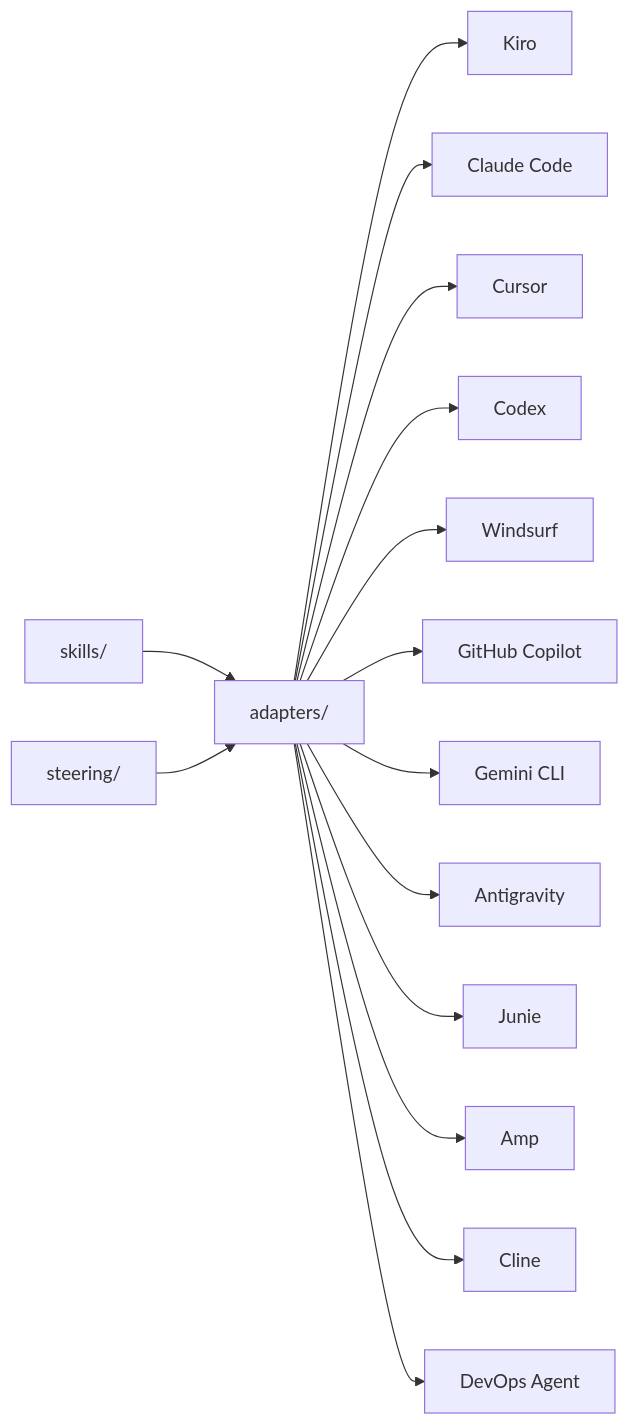
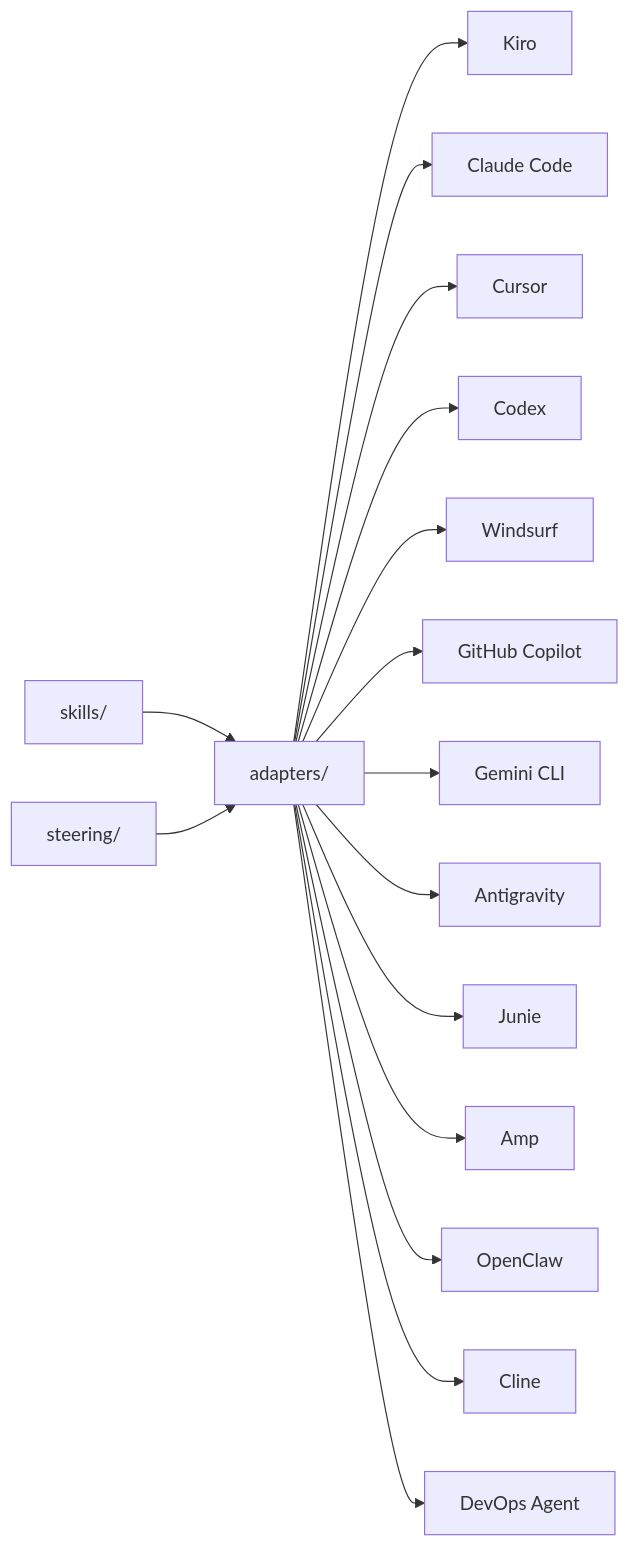
Before and after one commit to aws-samples/sample-well-architected-skills-and-steering: the diagram in README.md, drawn with Mermaid. The commit also changed other lines of this file and 4 other files, not shown here.

First line of the commit message:
Add OpenClaw support as 13th supported tool

````diff
--- a/README.md
+++ b/README.md
@@ -428,17 +450,18 @@
 ```mermaid
 graph LR
     S[skills/] --> A[adapters/]
     ST[steering/] --> A
     A --> K[Kiro]
     A --> CC[Claude Code]
     A --> CU[Cursor]
     A --> CO[Codex]
     A --> W[Windsurf]
     A --> GH[GitHub Copilot]
     A --> G[Gemini CLI]
     A --> AG[Antigravity]
     A --> J[Junie]
     A --> AM[Amp]
+    A --> OC[OpenClaw]
     A --> CL[Cline]
     A --> DA[DevOps Agent]
 ```
````
